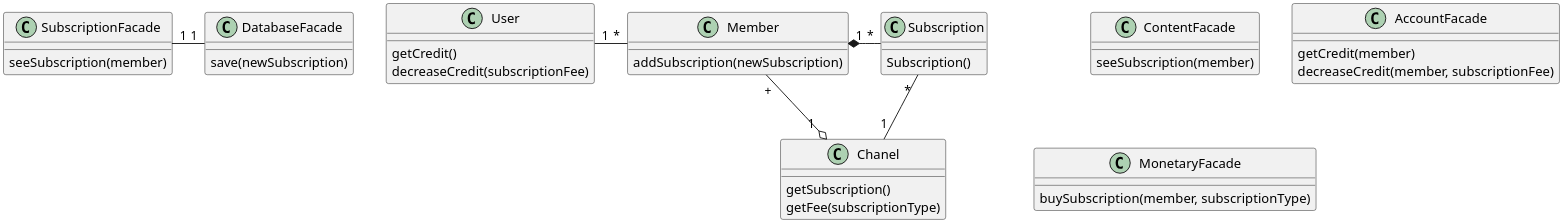
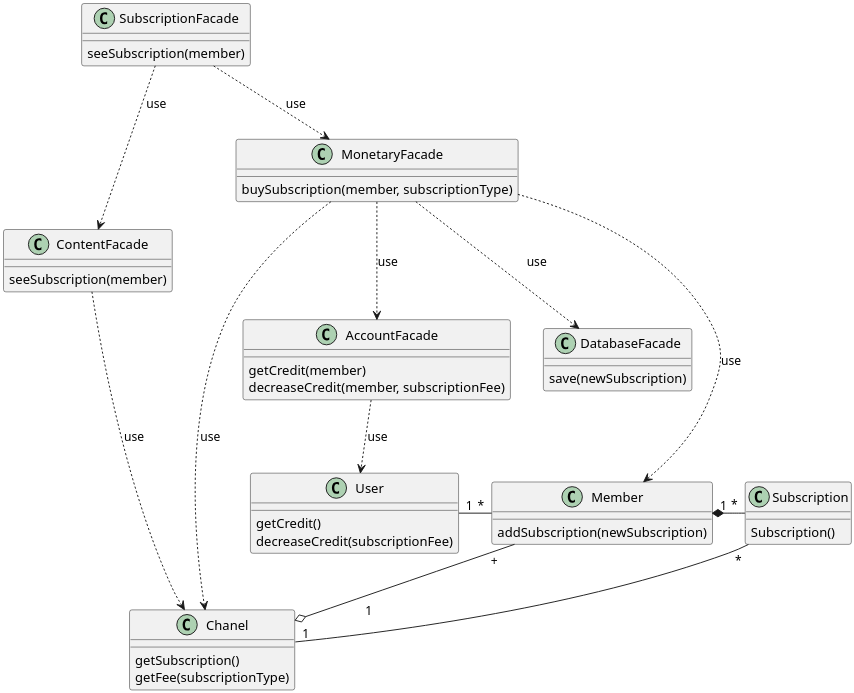
One commit to soleyman79/Qasedak changed the diagram in Diagrams/Design Class/BuySubscription.puml. Above: the diagram before and after it, drawn with PlantUML.

Commit message:
update Design class: BuySubscription

```diff
--- a/Diagrams/Design Class/BuySubscription.puml
+++ b/Diagrams/Design Class/BuySubscription.puml
@@ -1,52 +1,58 @@
 @startuml buy_subscription
 
 scale 3
 skinparam DefaultFontName B Nazanin
 skinparam ArrowMessageAlignment right
 
 class "Subscription" as subscription {
     Subscription()
 }
 
 class "Chanel" as chanel {
     getSubscription()
     getFee(subscriptionType)
 }
 
 class "Member" as member {
     addSubscription(newSubscription)
 }
 
 class "User" as user {
     getCredit()
     decreaseCredit(subscriptionFee)
 }
 
 class "ContentFacade" {
     seeSubscription(member)
 }
 
 class "AccountFacade" {
     getCredit(member)
     decreaseCredit(member, subscriptionFee)
 }
 
 class "MonetaryFacade" {
     buySubscription(member, subscriptionType)
 }
 
 class "DatabaseFacade" {
     save(newSubscription)
 }
 
 class "SubscriptionFacade" {
     seeSubscription(member)
 }
 
+chanel "                    1" o-up- "+" member
 subscription "              *" -down- "1" chanel
-chanel "                    1" o-up- "+" member
 member "1" *-right- "*" subscription
 member "*" -left- "1" user
-DatabaseFacade "1" -left- "1" SubscriptionFacade
-
+MonetaryFacade  ..>  AccountFacade :use
+SubscriptionFacade  ..>  ContentFacade :use
+SubscriptionFacade ..>  MonetaryFacade :use
+MonetaryFacade ..>  DatabaseFacade :use
+ContentFacade .>  chanel :use
+AccountFacade ..>  user :use
+MonetaryFacade .>  chanel :use
+MonetaryFacade .>  member :use
 @enduml
```
